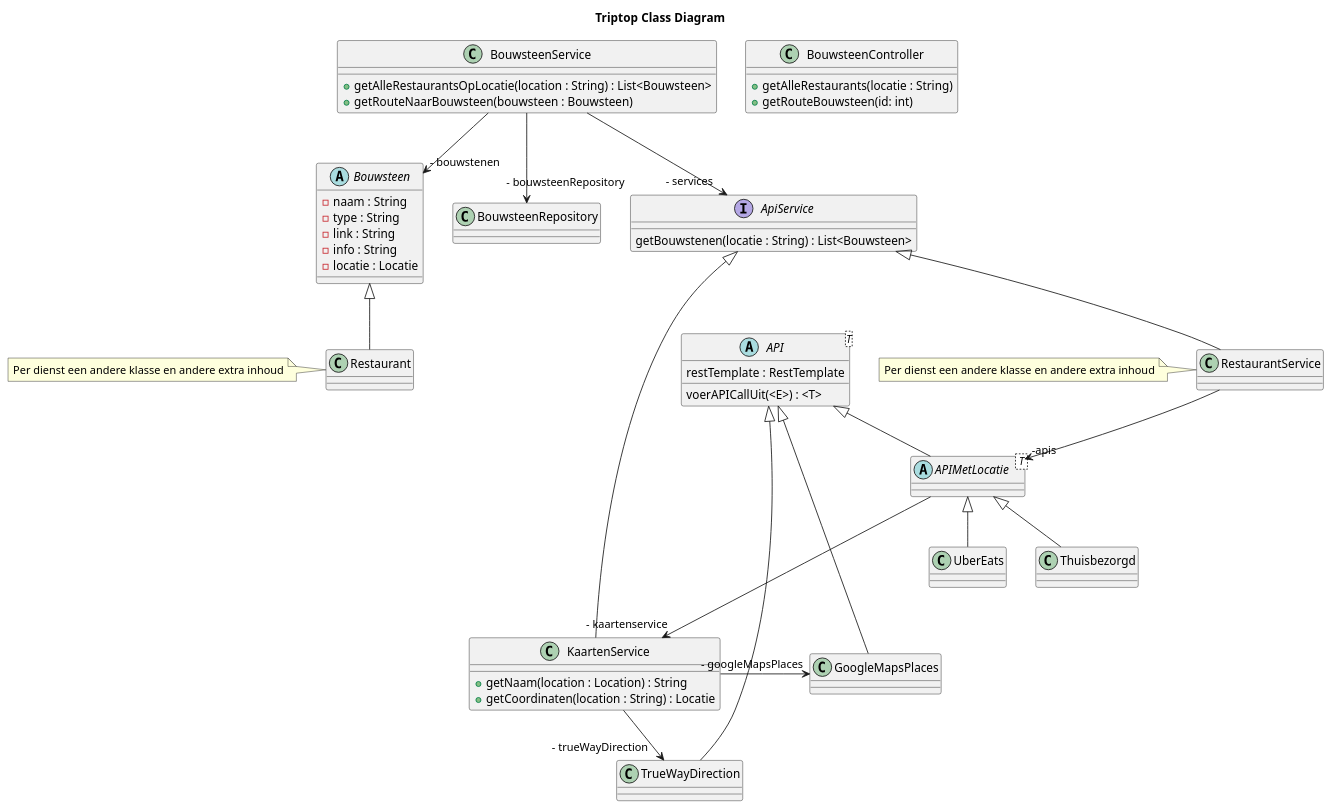
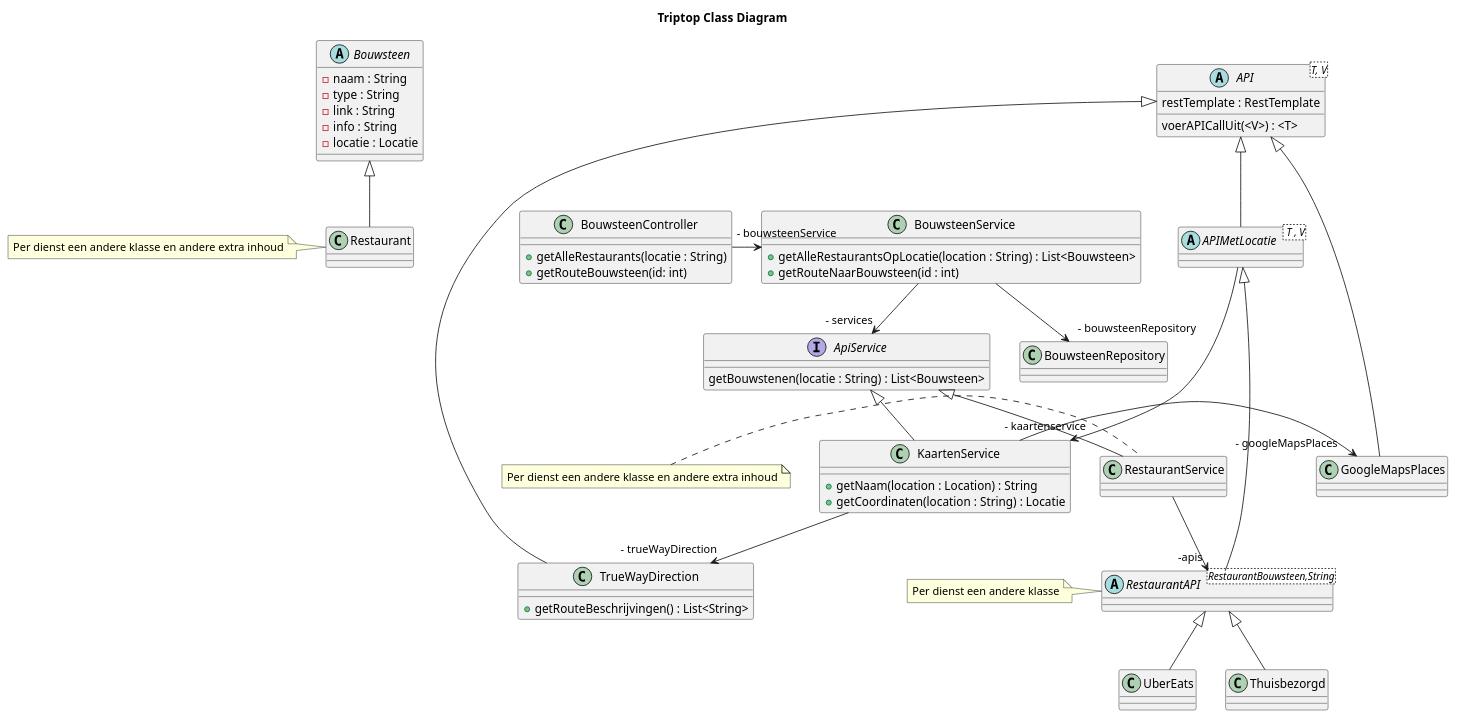
Before and after one commit to AIM-ENE-feb25/triptop-groep-1-met-third-wheel: the diagram in individueel/diagram/class/Rianne-TripTopClassDiagram.puml, drawn with PlantUML. The commit also changed 3 other files, not shown here.

Commit message:
Diagrammen + begeleidende tekst

```diff
--- a/individueel/diagram/class/Rianne-TripTopClassDiagram.puml
+++ b/individueel/diagram/class/Rianne-TripTopClassDiagram.puml
@@ -1,65 +1,73 @@
 @startuml
 title Triptop Class Diagram
 
 class BouwsteenService{
   +getAlleRestaurantsOpLocatie(location : String) : List<Bouwsteen>
-  +getRouteNaarBouwsteen(bouwsteen : Bouwsteen)
+  +getRouteNaarBouwsteen(id : int)
 }
 
 class BouwsteenRepository {
 }
 abstract class Bouwsteen {
     - naam : String
     - type : String
     - link : String
     - info : String
     - locatie : Locatie
 }
 
 class Restaurant
 note left: Per dienst een andere klasse en andere extra inhoud
 
 interface ApiService{
     getBouwstenen(locatie : String) : List<Bouwsteen>
 }
 
 class KaartenService{
     +getNaam(location : Location) : String
     +getCoordinaten(location : String) : Locatie
 }
 
-abstract class API <T> {
+abstract class API <T, V> {
     restTemplate : RestTemplate
-    voerAPICallUit(<E>) : <T>
+    voerAPICallUit(<V>) : <T>
 }
 
-abstract class APIMetLocatie < T >
+abstract class APIMetLocatie < T , V>
 
 class BouwsteenController {
     +getAlleRestaurants(locatie : String)
     +getRouteBouwsteen(id: int)
 }
 
+abstract class RestaurantAPI <RestaurantBouwsteen,String> {
+}
+
+note left: Per dienst een andere klasse
+
 class UberEats
 class Thuisbezorgd
 class GoogleMapsPlaces
-class TrueWayDirection
+class TrueWayDirection{
++ getRouteBeschrijvingen() : List<String>
+}
 class RestaurantService
 note left: Per dienst een andere klasse en andere extra inhoud
 
-BouwsteenService -->"- bouwstenen" Bouwsteen
 Bouwsteen ^-- Restaurant
 BouwsteenService -->" - services" ApiService
 ApiService ^-- RestaurantService
 API ^-- APIMetLocatie
 APIMetLocatie ---> "- kaartenservice" KaartenService
-APIMetLocatie ^-- UberEats
-APIMetLocatie ^-- Thuisbezorgd
+RestaurantAPI ^-- UberEats
+RestaurantAPI ^-- Thuisbezorgd
 ApiService ^-- KaartenService
-RestaurantService --> "-apis" APIMetLocatie
+RestaurantService --> "-apis" RestaurantAPI
 API ^-- TrueWayDirection
 API ^-- GoogleMapsPlaces
+APIMetLocatie ^-- RestaurantAPI
 KaartenService -->"- trueWayDirection" TrueWayDirection
 KaartenService ->"- googleMapsPlaces" GoogleMapsPlaces
 BouwsteenService --> "- bouwsteenRepository" BouwsteenRepository
+BouwsteenController -> "- bouwsteenService" BouwsteenService
 @enduml
```
